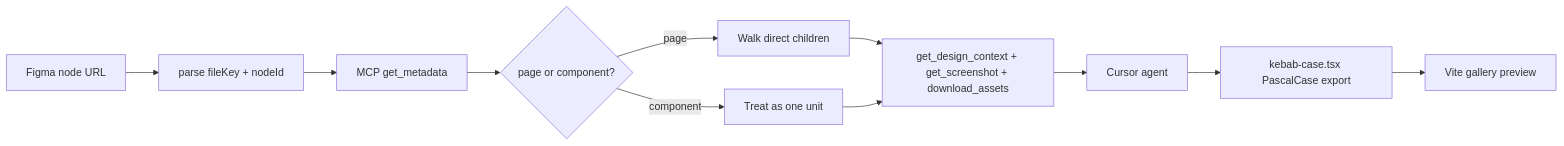
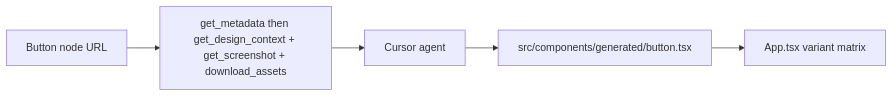
One commit to ahmadykhan555/figma-automation changed the diagram in plan.md. Above: the diagram before and after it, drawn with Mermaid. The commit also changed other lines of this file and 1 other file, not shown here.

````diff
--- a/plan.md
+++ b/plan.md
@@ -21,13 +36,7 @@
 ```mermaid
 flowchart LR
-  url["Figma node URL"] --> parse["parse fileKey + nodeId"]
-  parse --> meta["MCP get_metadata"]
-  meta --> classify{"page or component?"}
-  classify -->|page| children["Walk direct children"]
-  classify -->|component| single["Treat as one unit"]
-  children --> mcp["get_design_context + get_screenshot + download_assets"]
-  single --> mcp
+  url["Button node URL"] --> mcp["get_metadata then get_design_context + get_screenshot + download_assets"]
   mcp --> agent["Cursor agent"]
-  agent --> tsx["kebab-case.tsx PascalCase export"]
-  tsx --> gallery["Vite gallery preview"]
+  agent --> tsx["src/components/generated/button.tsx"]
+  tsx --> gallery["App.tsx variant matrix"]
 ```
````
